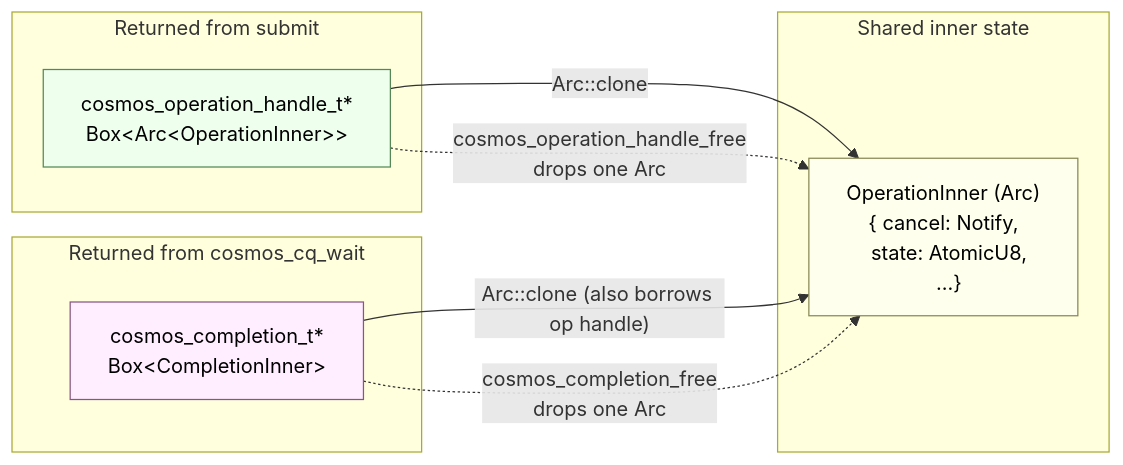
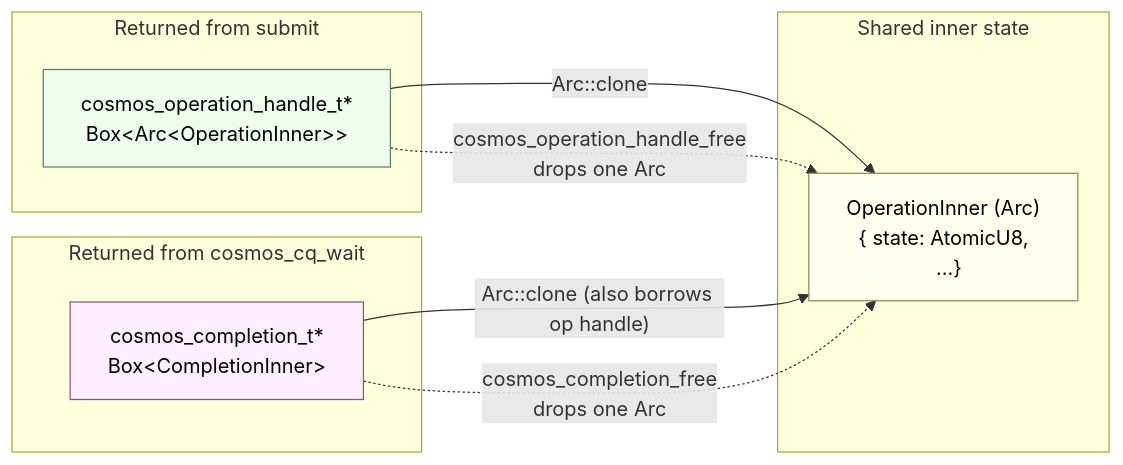
Before and after one commit to Azure/azure-sdk-for-rust: the fifth of 7 diagrams in sdk/cosmos/docs/specs/0020-native-async-invocation.md, drawn with Mermaid. The commit also changed other lines of this file and 10 other files, not shown here.

````diff
--- a/sdk/cosmos/docs/specs/0020-native-async-invocation.md
+++ b/sdk/cosmos/docs/specs/0020-native-async-invocation.md
@@ -271,26 +265,26 @@
 ```mermaid
 flowchart LR
     subgraph submitret["Returned from submit"]
         H["cosmos_operation_handle_t*<br/>Box&lt;Arc&lt;OperationInner&gt;&gt;"]
     end
 
     subgraph cqret["Returned from cosmos_cq_wait"]
         C["cosmos_completion_t*<br/>Box&lt;CompletionInner&gt;"]
     end
 
     subgraph inner["Shared inner state"]
-        I["OperationInner (Arc)<br/>{ cancel: Notify,<br/>&nbsp;&nbsp;state: AtomicU8,<br/>&nbsp;&nbsp;...}"]
+        I["OperationInner (Arc)<br/>{ state: AtomicU8,<br/>&nbsp;&nbsp;...}"]
     end
 
     H -->|"Arc::clone"| I
     C -->|"Arc::clone (also borrows op handle)"| I
     H -.->|"cosmos_operation_handle_free<br/>drops one Arc"| I
     C -.->|"cosmos_completion_free<br/>drops one Arc"| I
 
     classDef submitret fill:#efe,stroke:#585,color:#000
     classDef cqret fill:#fef,stroke:#858,color:#000
     classDef inner fill:#ffe,stroke:#885,color:#000
     class H submitret
     class C cqret
     class I inner
 ```
````
